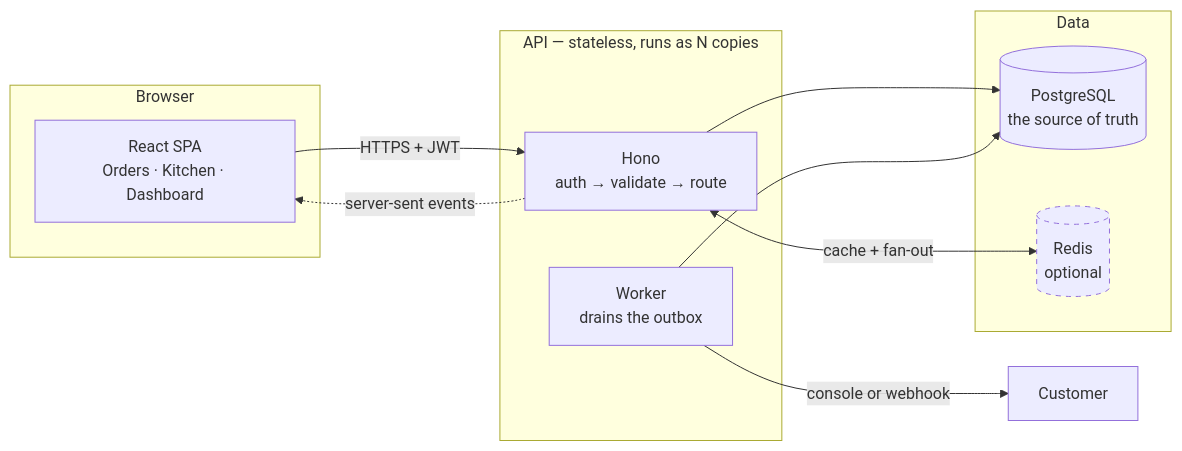
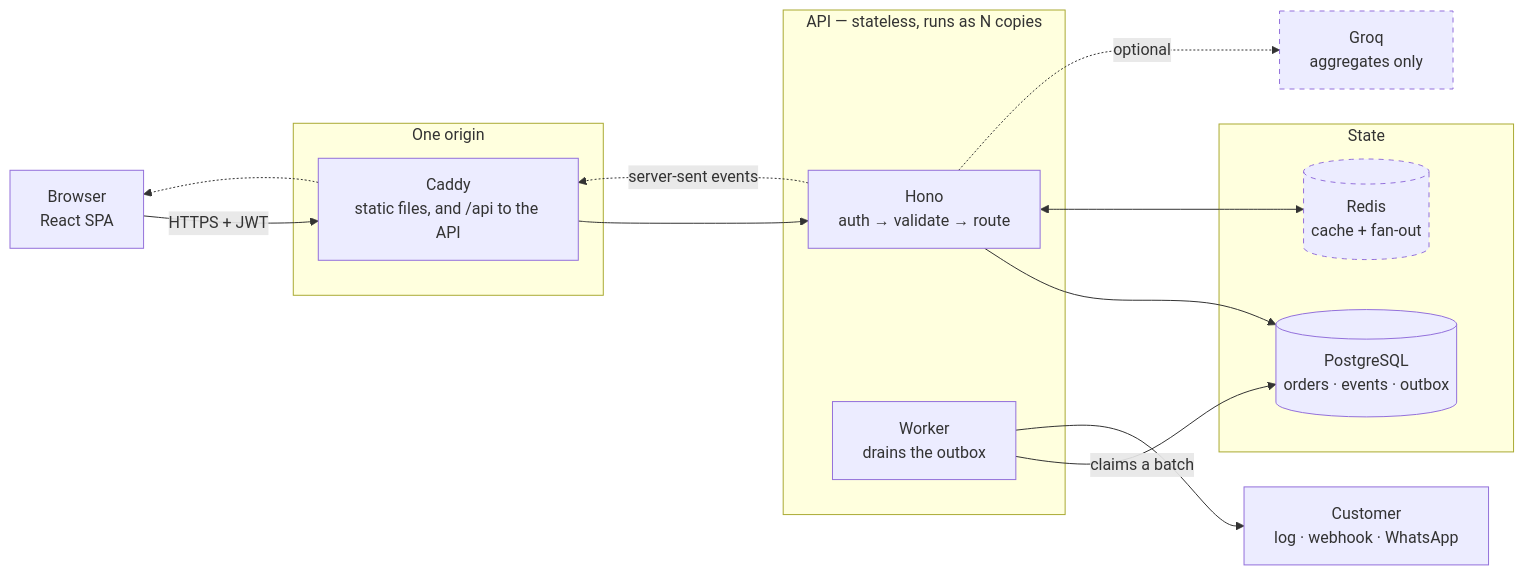
Before and after one commit to 2penguin1/spice-ops: the first of 4 diagrams in readme.md, drawn with Mermaid. The commit also changed other lines of this file, not shown here.

Commit message:
docs: redraw the architecture for what is actually there now
The diagram still showed 'console or webhook' as the only way a message
leaves, no reverse proxy, and no AI provider — three features and a
deployment ago.

It now shows Caddy in front, which is worth drawing because it is why
there is no CORS anywhere in this codebase: the browser only ever talks
to one origin, and /api is passed through to the API behind it. The event
stream goes back the same way, which is why buffering had to be turned
off in that proxy.

Groq and Redis are both drawn dashed, because that is the honest shape of
the system: the solid path works on its own and the dashed parts make it
faster or add a panel.

The notes underneath say what the picture cannot: that the worker claims
its batch with SKIP LOCKED rather than being a queue, and what each
dashed dependency costs when it is absent.

Rendered before committing — a mermaid block with a syntax error shows as
raw text on GitHub, and all four diagrams still parse.

````diff
--- a/readme.md
+++ b/readme.md
@@ -72,25 +72,36 @@
 ```mermaid
 flowchart LR
-    subgraph Browser
-        UI["React SPA<br/>Orders · Kitchen · Dashboard"]
+    B["Browser<br/>React SPA"]
+
+    subgraph Edge["One origin"]
+        WEB["Caddy<br/>static files, and /api to the API"]
     end
 
     subgraph Server["API — stateless, runs as N copies"]
         API["Hono<br/>auth → validate → route"]
-        WORKER["Worker<br/>drains the outbox"]
+        WORK["Worker<br/>drains the outbox"]
     end
 
-    subgraph Data
-        PG[("PostgreSQL<br/>the source of truth")]
-        REDIS[("Redis<br/>optional")]
+    subgraph State["State"]
+        PG[("PostgreSQL<br/>orders · events · outbox")]
+        REDIS[("Redis<br/>cache + fan-out")]
     end
 
-    UI -- "HTTPS + JWT" --> API
-    API -. "server-sent events" .-> UI
+    AI["Groq<br/>aggregates only"]
+    CUST["Customer<br/>log · webhook · WhatsApp"]
+
+    B -- "HTTPS + JWT" --> WEB
+    WEB --> API
+    API -. "server-sent events" .-> WEB
+    WEB -. " " .-> B
+
     API --> PG
-    WORKER --> PG
-    API <-- "cache + fan-out" --> REDIS
-    WORKER -- "console or webhook" --> OUT["Customer"]
+    API <--> REDIS
+    API -. "optional" .-> AI
+
+    WORK -- "claims a batch" --> PG
+    WORK --> CUST
 
     style REDIS stroke-dasharray: 5 5
+    style AI stroke-dasharray: 5 5
 ```
````
